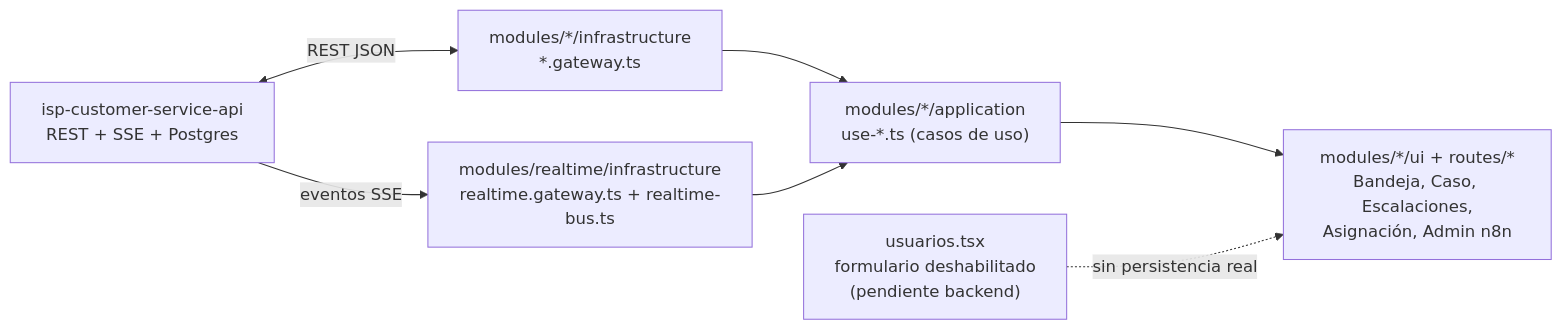
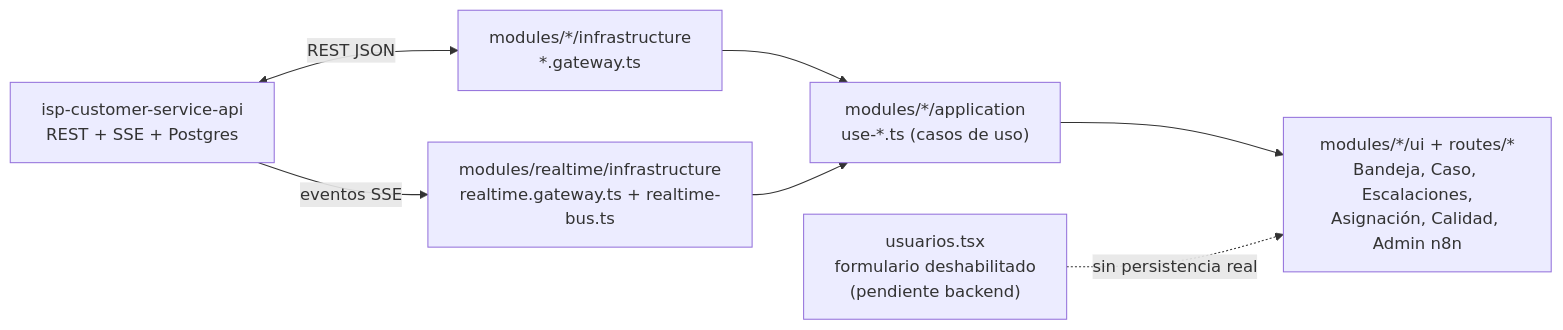
The diagram in docs/spec/00_OVERVIEW.md (xintegrumdevaf/internal_sys_comunication_frontend), drawn with Mermaid before and after one commit. The commit also changed other lines of this file and 30 other files, not shown here.

````diff
--- a/docs/spec/00_OVERVIEW.md
+++ b/docs/spec/00_OVERVIEW.md
@@ -37,16 +37,16 @@
 ```mermaid
 flowchart LR
     BE["isp-customer-service-api\nREST + SSE + Postgres"]
     GW["modules/*/infrastructure\n*.gateway.ts"]
     RT["modules/realtime/infrastructure\nrealtime.gateway.ts + realtime-bus.ts"]
     APP["modules/*/application\nuse-*.ts (casos de uso)"]
-    UI["modules/*/ui + routes/*\nBandeja, Caso, Escalaciones,\nAsignación, Admin n8n"]
+    UI["modules/*/ui + routes/*\nBandeja, Caso, Escalaciones,\nAsignación, Calidad, Admin n8n"]
     PENDING["usuarios.tsx\nformulario deshabilitado\n(pendiente backend)"]
 
     BE <-->|"REST JSON"| GW
     BE -->|"eventos SSE"| RT
     GW --> APP
     RT --> APP
     APP --> UI
     PENDING -.->|"sin persistencia real"| UI
 ```
````
